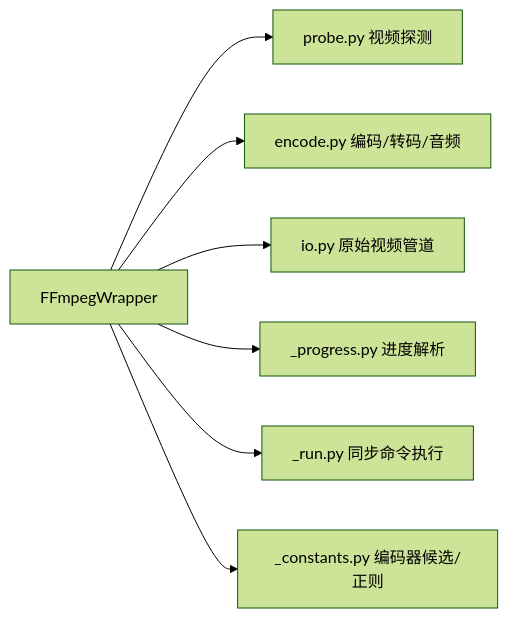
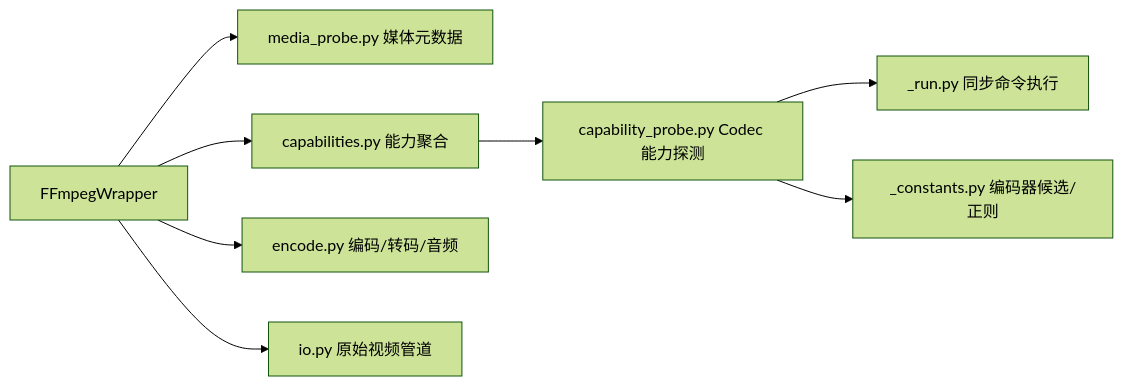
Before and after one commit to youge325/vp: the third of 3 diagrams in docs/04-backend-architecture.md, drawn with Mermaid (forest theme). The commit also changed other lines of this file and 74 other files, not shown here.

````diff
--- a/docs/04-backend-architecture.md
+++ b/docs/04-backend-architecture.md
@@ -210,9 +210,10 @@
 ```mermaid
 graph LR
-    A[FFmpegWrapper] --> B[probe.py 视频探测]
-    A --> C[encode.py 编码/转码/音频]
-    A --> D[io.py 原始视频管道]
-    A --> E[_progress.py 进度解析]
-    A --> F[_run.py 同步命令执行]
-    A --> G[_constants.py 编码器候选/正则]
+    A[FFmpegWrapper] --> B[media_probe.py 媒体元数据]
+    A --> C[capabilities.py 能力聚合]
+    C --> D[capability_probe.py Codec 能力探测]
+    A --> E[encode.py 编码/转码/音频]
+    A --> F[io.py 原始视频管道]
+    D --> G[_run.py 同步命令执行]
+    D --> H[_constants.py 编码器候选/正则]
 ```
````
